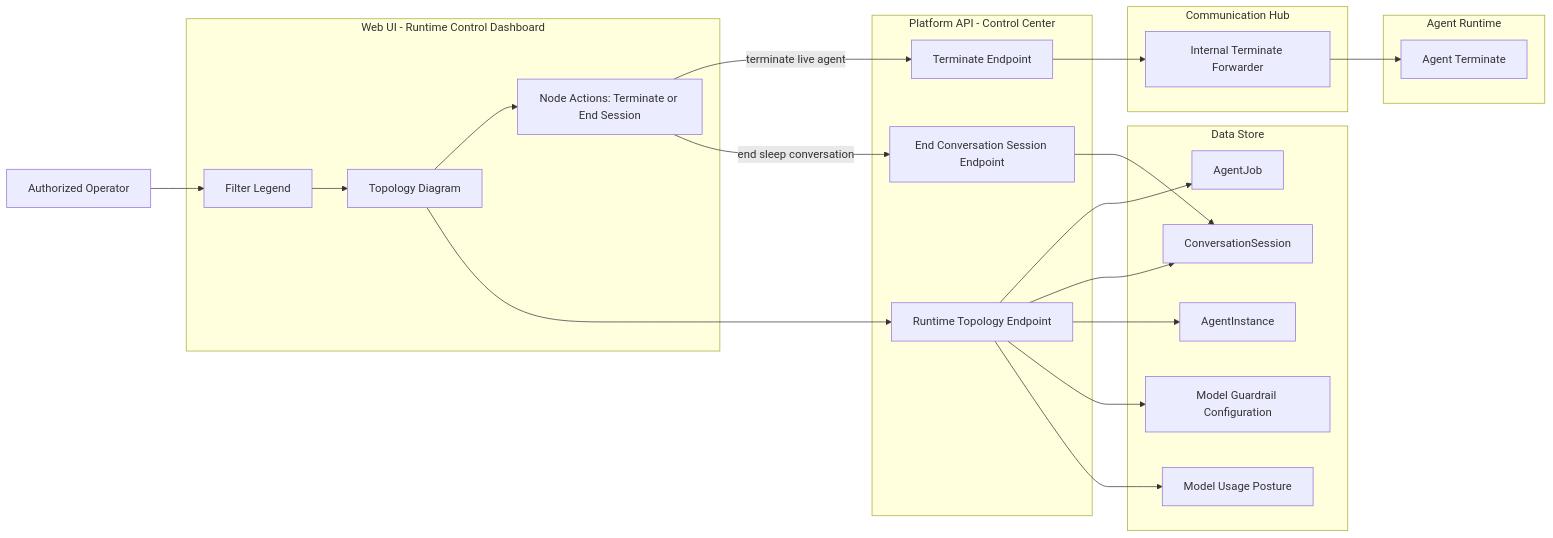
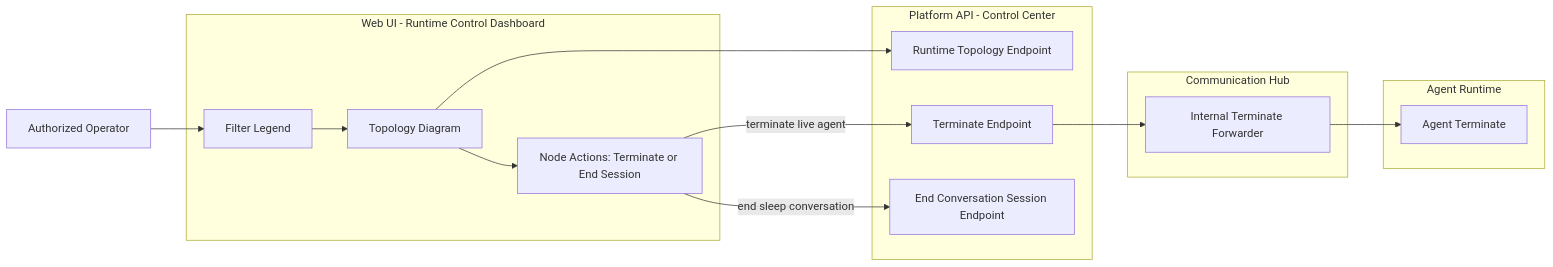
Before and after one commit to hurungang/parthenon: the diagram in docs/master/architecture/modules/runtime-control-dashboard.md, drawn with Mermaid. The commit also changed other lines of this file and 58 other files, not shown here.

````diff
--- a/docs/master/architecture/modules/runtime-control-dashboard.md
+++ b/docs/master/architecture/modules/runtime-control-dashboard.md
@@ -9,41 +9,29 @@
 ```mermaid
 flowchart LR
     Operator[Authorized Operator]
     subgraph WebUI[Web UI - Runtime Control Dashboard]
         Legend[Filter Legend]
         Topology[Topology Diagram]
         Actions[Node Actions: Terminate or End Session]
     end
     subgraph API[Platform API - Control Center]
         RT[Runtime Topology Endpoint]
         TR[Terminate Endpoint]
         ES[End Conversation Session Endpoint]
     end
     subgraph Hub[Communication Hub]
         CH_TR[Internal Terminate Forwarder]
     end
     subgraph AR[Agent Runtime]
         AR_TR[Agent Terminate]
     end
-    subgraph Data[Data Store]
-        AJ[AgentJob]
-        CS[ConversationSession]
-        AI[AgentInstance]
-        MG[Model Guardrail Configuration]
-        MU[Model Usage Posture]
-    end
+
     Operator --> Legend
     Legend --> Topology
     Topology --> Actions
     Topology --> RT
-    RT --> AJ
-    RT --> CS
-    RT --> AI
-    RT --> MG
-    RT --> MU
     Actions -->|terminate live agent| TR
     TR --> CH_TR
     CH_TR --> AR_TR
     Actions -->|end sleep conversation| ES
-    ES --> CS
 ```
````
